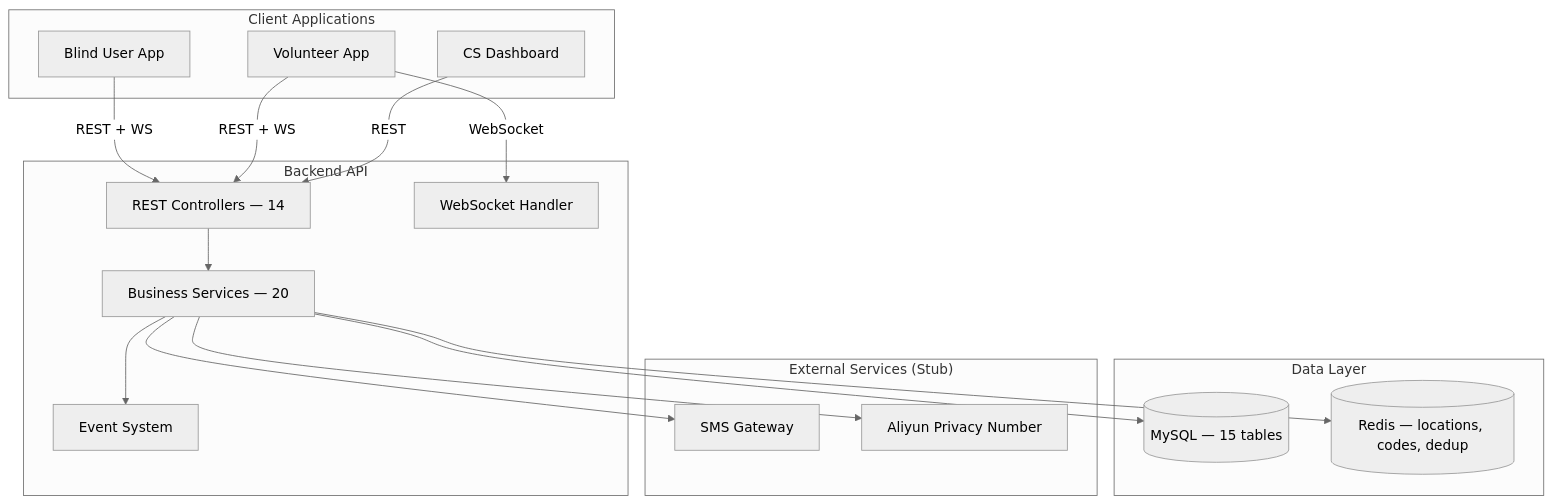
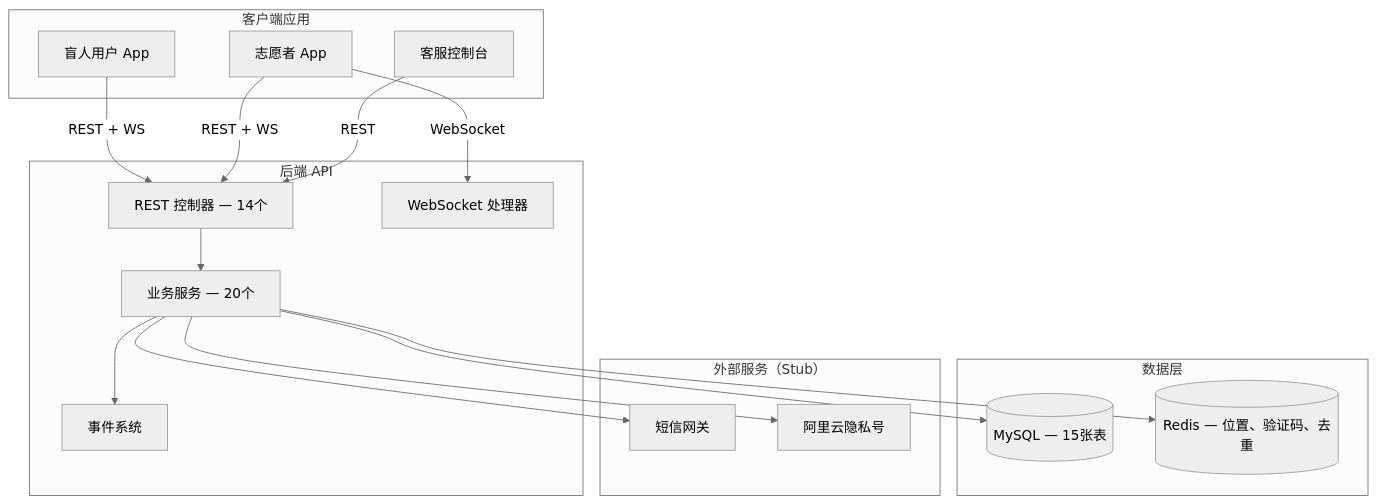
Before and after one commit to Jayden23018/blind-run-backend: the first of 7 diagrams in docs/ARCHITECTURE.md, drawn with Mermaid (neutral theme). The commit also changed other lines of this file and 122 other files, not shown here.

````diff
--- a/docs/ARCHITECTURE.md
+++ b/docs/ARCHITECTURE.md
@@ -31,36 +31,36 @@
 ```mermaid
 graph TB
-    subgraph "Client Applications"
-        A[Blind User App]
-        B[Volunteer App]
-        C[CS Dashboard]
+    subgraph "客户端应用"
+        A[盲人用户 App]
+        B[志愿者 App]
+        C[客服控制台]
     end
 
-    subgraph "Backend API"
-        D[REST Controllers — 14]
-        E[WebSocket Handler]
-        F[Business Services — 20]
-        G[Event System]
+    subgraph "后端 API"
+        D[REST 控制器 — 14个]
+        E[WebSocket 处理器]
+        F[业务服务 — 20个]
+        G[事件系统]
     end
 
-    subgraph "Data Layer"
-        H[(MySQL — 15 tables)]
-        I[(Redis — locations, codes, dedup)]
+    subgraph "数据层"
+        H[(MySQL — 15张表)]
+        I[(Redis — 位置、验证码、去重)]
     end
 
-    subgraph "External Services (Stub)"
-        J[SMS Gateway]
-        K[Aliyun Privacy Number]
+    subgraph "外部服务（Stub）"
+        J[短信网关]
+        K[阿里云隐私号]
     end
 
     A -->|REST + WS| D
     B -->|REST + WS| D
     C -->|REST| D
     B -->|WebSocket| E
     D --> F
     F --> G
     F --> H
     F --> I
     F --> J
     F --> K
 ```
````
